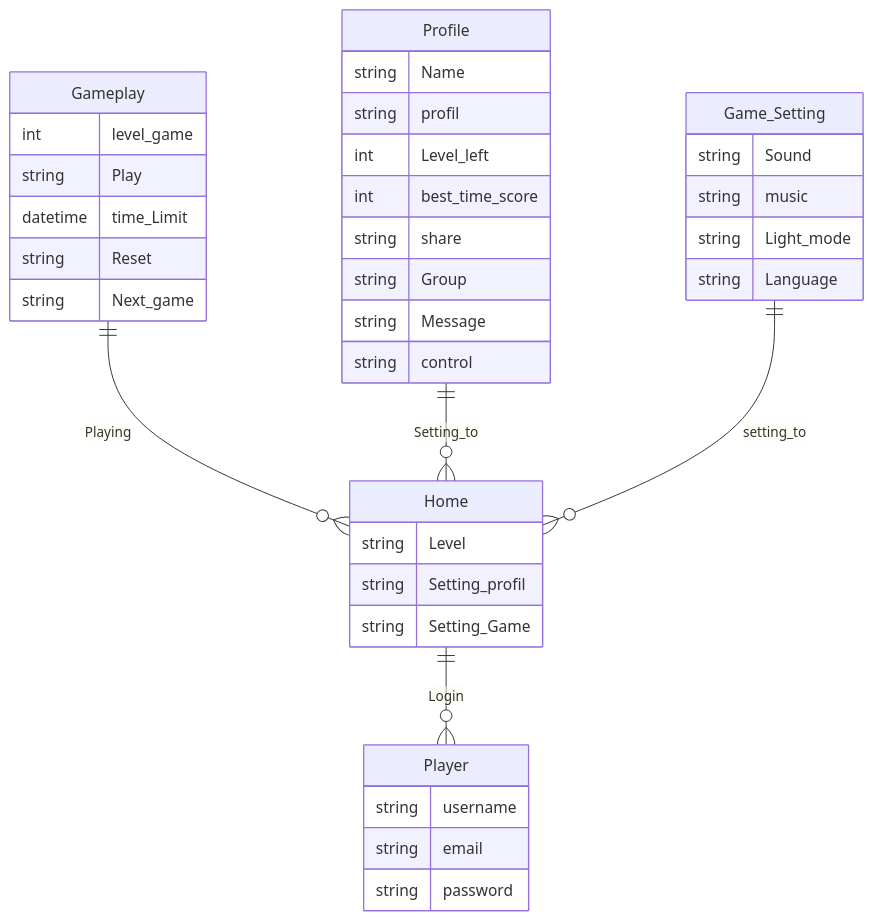
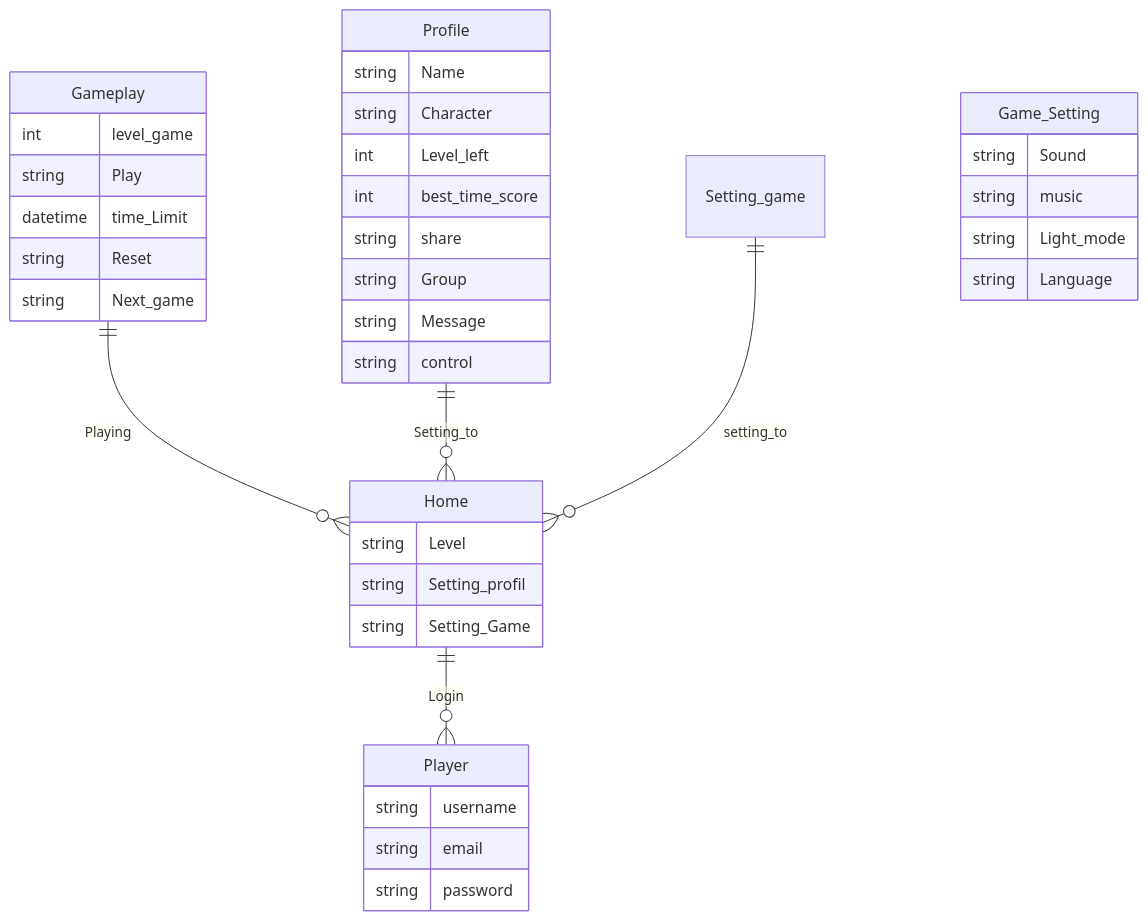
The first of 2 diagrams in review.md (Nightroom/Memoryasmaulhusna.github.io), drawn with Mermaid before and after one commit.

````diff
--- a/review.md
+++ b/review.md
@@ -44,44 +44,44 @@
 ```mermaid
 
 erDiagram
 
   Gameplay ||--o{ Home  : Playing 
   Gameplay {
     int level_game
     string Play
     datetime time_Limit 
     string Reset
     string Next_game  
   }
     Player {
     string username
     string email
     string password
     
   }
     Profile ||--o{ Home  : Setting_to
     Profile {
     string Name
-    string profil 
+    string Character 
     int Level_left 
     int best_time_score
     string share
     string Group
     string Message
     string control
     
   }
-Game_Setting ||--o{ Home  : setting_to 
+Setting_game ||--o{ Home  : setting_to 
   Game_Setting {
     string Sound
     string music 
     string Light_mode
     string Language 
   }
   Home ||--o{ Player  : Login
   Home {
     string Level
     string Setting_profil
     string Setting_Game
   }
 ```
````
